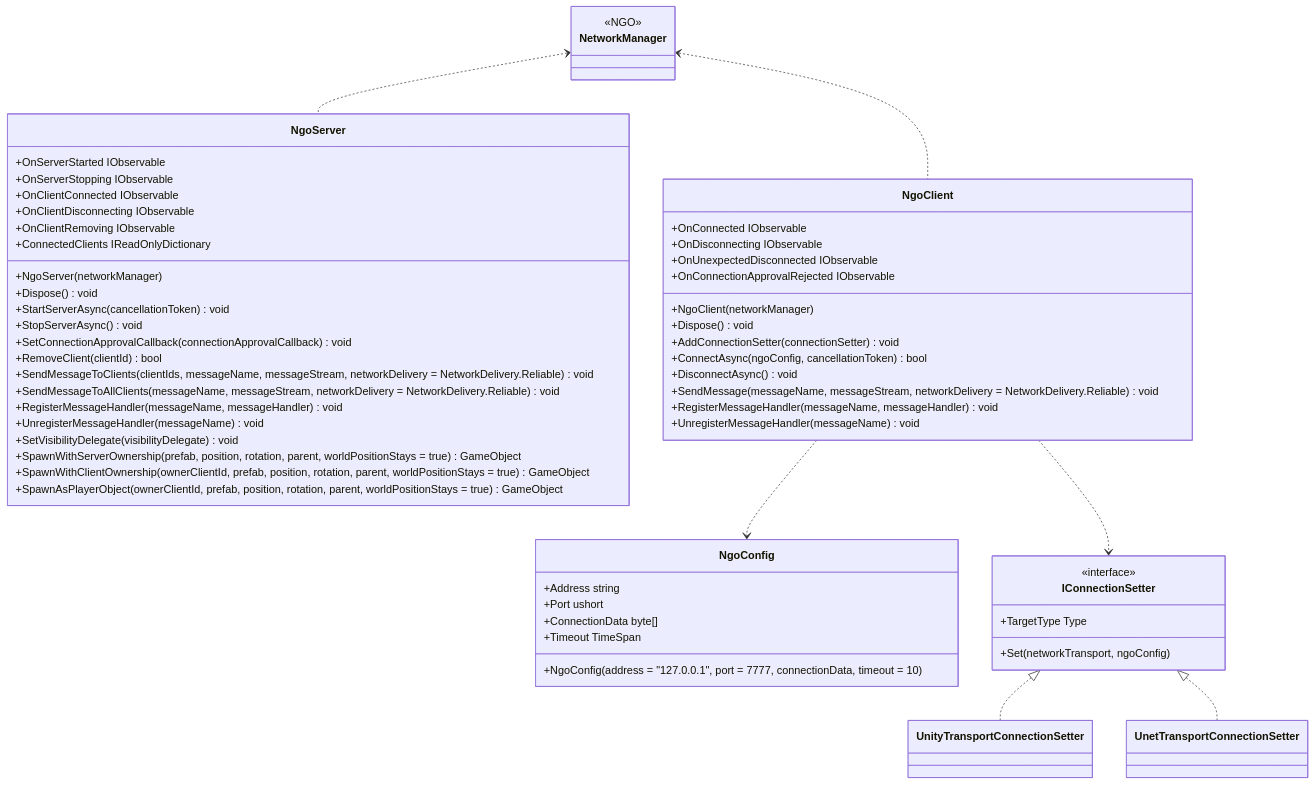
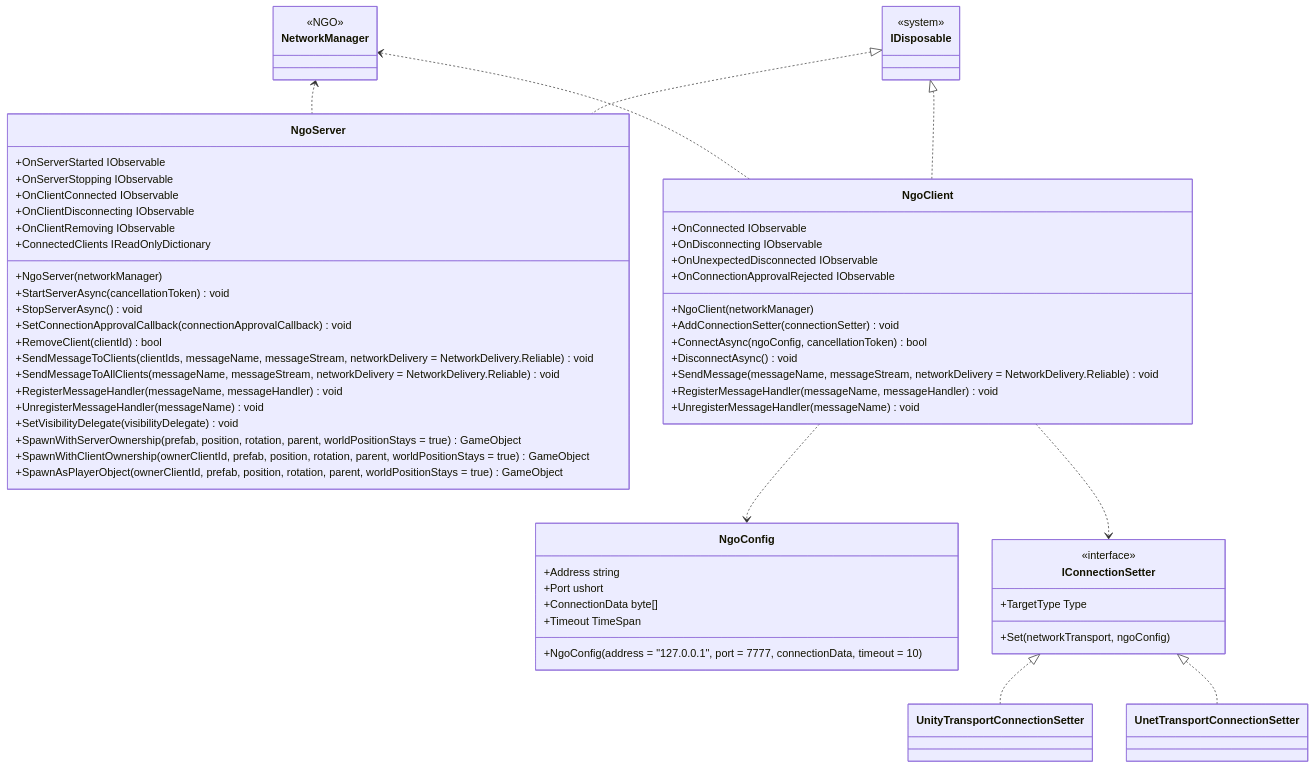
Before and after one commit to extreal-dev/Extreal.Guide: the diagram in docs/integration/multiplay.ngo.md, drawn with Mermaid. The commit also changed 1 other file, not shown here.

Commit message:
クラス図にIDisposableを追加

````diff
--- a/docs/integration/multiplay.ngo.md
+++ b/docs/integration/multiplay.ngo.md
@@ -63,72 +63,76 @@
 ```mermaid
 classDiagram
 
     NetworkManager <.. NgoServer
     NetworkManager <.. NgoClient
     NgoClient ..> NgoConfig
     NgoClient ..> IConnectionSetter
     IConnectionSetter <|.. UnityTransportConnectionSetter
     IConnectionSetter <|.. UnetTransportConnectionSetter
+    IDisposable <|.. NgoServer
+    IDisposable <|.. NgoClient
 
     class NetworkManager {
         <<NGO>>
     }
 
     class NgoServer {
         +OnServerStarted IObservable
         +OnServerStopping IObservable
         +OnClientConnected IObservable
         +OnClientDisconnecting IObservable
         +OnClientRemoving IObservable
         +ConnectedClients IReadOnlyDictionary
         +NgoServer(networkManager)
-        +Dispose() void
         +StartServerAsync(cancellationToken) void
         +StopServerAsync() void
         +SetConnectionApprovalCallback(connectionApprovalCallback) void
         +RemoveClient(clientId) bool
         +SendMessageToClients(clientIds, messageName, messageStream, networkDelivery = NetworkDelivery.Reliable) void
         +SendMessageToAllClients(messageName, messageStream, networkDelivery = NetworkDelivery.Reliable) void
         +RegisterMessageHandler(messageName, messageHandler) void
         +UnregisterMessageHandler(messageName) void
         +SetVisibilityDelegate(visibilityDelegate) void
         +SpawnWithServerOwnership(prefab, position, rotation, parent, worldPositionStays = true) GameObject
         +SpawnWithClientOwnership(ownerClientId, prefab, position, rotation, parent, worldPositionStays = true) GameObject
         +SpawnAsPlayerObject(ownerClientId, prefab, position, rotation, parent, worldPositionStays = true) GameObject
     }
 
     class NgoClient {
         +OnConnected IObservable
         +OnDisconnecting IObservable
         +OnUnexpectedDisconnected IObservable
         +OnConnectionApprovalRejected IObservable
         +NgoClient(networkManager)
-        +Dispose() void
         +AddConnectionSetter(connectionSetter) void
         +ConnectAsync(ngoConfig, cancellationToken) bool
         +DisconnectAsync() void
         +SendMessage(messageName, messageStream, networkDelivery = NetworkDelivery.Reliable) void
         +RegisterMessageHandler(messageName, messageHandler) void
         +UnregisterMessageHandler(messageName) void
     }
 
     class NgoConfig {
         +Address string
         +Port ushort
         +ConnectionData byte[]
         +Timeout TimeSpan
         +NgoConfig(address = "127.0.0.1", port = 7777, connectionData, timeout = 10)
     }
 
     class IConnectionSetter {
         <<interface>>
         +TargetType Type
         +Set(networkTransport, ngoConfig)
     }
 
     class UnityTransportConnectionSetter {
     }
 
     class UnetTransportConnectionSetter {
     }
+
+    class IDisposable {
+        <<system>>
+    }
 ```
````
